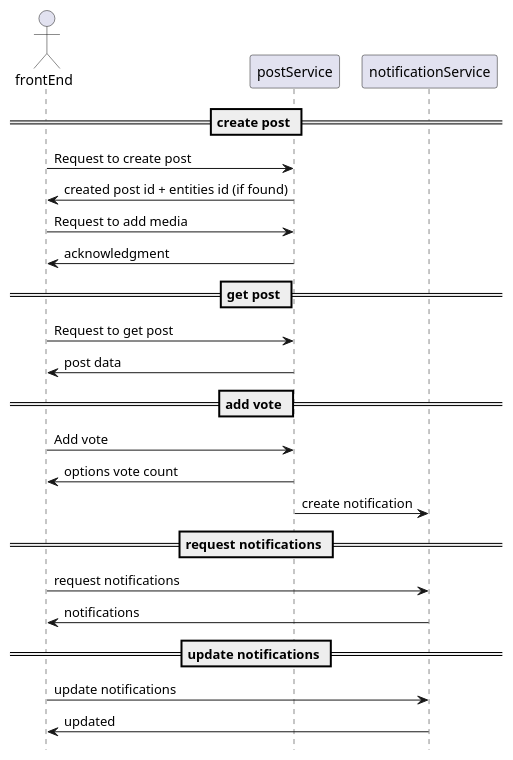
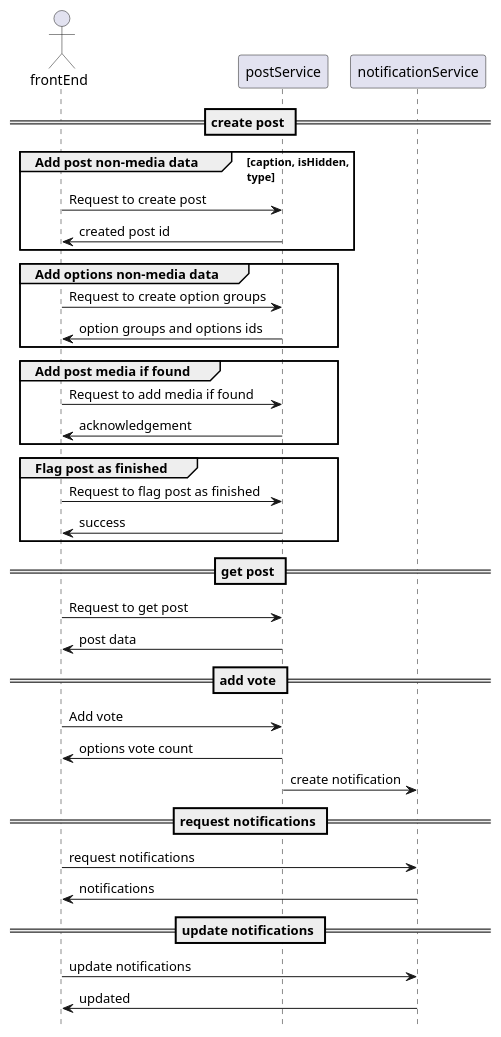
The diagram in frontend/overall.sequenceDiagram.plantuml (saifaldin/diagrams), drawn with PlantUML before and after one commit. The commit also changed 1 other file, not shown here.

Commit message:
changed api spec to new api - changed frontend sequence diag. to new api

```diff
--- a/frontend/overall.sequenceDiagram.plantuml
+++ b/frontend/overall.sequenceDiagram.plantuml
@@ -1,33 +1,44 @@
 @startuml general
 hide footbox
 
 actor frontEnd
 
 participant postService
 participant notificationService
 
 == create post ==
-frontEnd -> postService : Request to create post
-postService -> frontEnd: created post id + entities id (if found)
-
-frontEnd -> postService : Request to add media
-postService -> frontEnd: acknowledgment
+group Add post non-media data [caption, isHidden,\ntype]
+  frontEnd -> postService: Request to create post
+  postService -> frontEnd: created post id
+end
+group Add options non-media data
+  frontEnd -> postService: Request to create option groups
+  postService -> frontEnd: option groups and options ids
+end
+group Add post media if found
+  frontEnd -> postService: Request to add media if found
+  postService -> frontEnd: acknowledgement
+end
+group Flag post as finished
+  frontEnd -> postService: Request to flag post as finished
+  postService -> frontEnd: success
+end
 
 == get post ==
 frontEnd -> postService : Request to get post
 postService -> frontEnd : post data
 
 == add vote ==
 frontEnd -> postService : Add vote
 postService -> frontEnd : options vote count
 postService -> notificationService : create notification
 
 == request notifications ==
 frontEnd -> notificationService : request notifications
 notificationService -> frontEnd : notifications
 
 == update notifications ==
 frontEnd -> notificationService : update notifications
 notificationService -> frontEnd : updated
 
 @enduml
```
